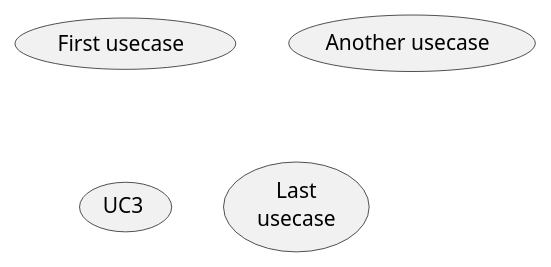
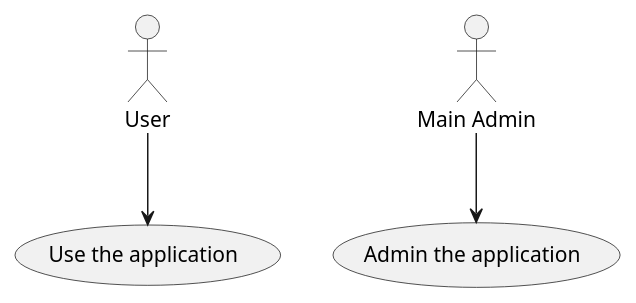
One commit to msaf9/stock-management-system changed the diagram in useCaseDiagram.iuml. Above: the diagram before and after it, drawn with PlantUML.

Commit message:
WIP: Use case implementation

```diff
--- a/useCaseDiagram.iuml
+++ b/useCaseDiagram.iuml
@@ -1,8 +1,8 @@
 @startuml
 
-(First usecase)
-(Another usecase) as (UC2)
-usecase UC3
-usecase (Last\nusecase) as UC4
+:User: --> (Use)
+"Main Admin" as Admin
+"Use the application" as (Use)
+Admin --> (Admin the application)
 
 @enduml
```
